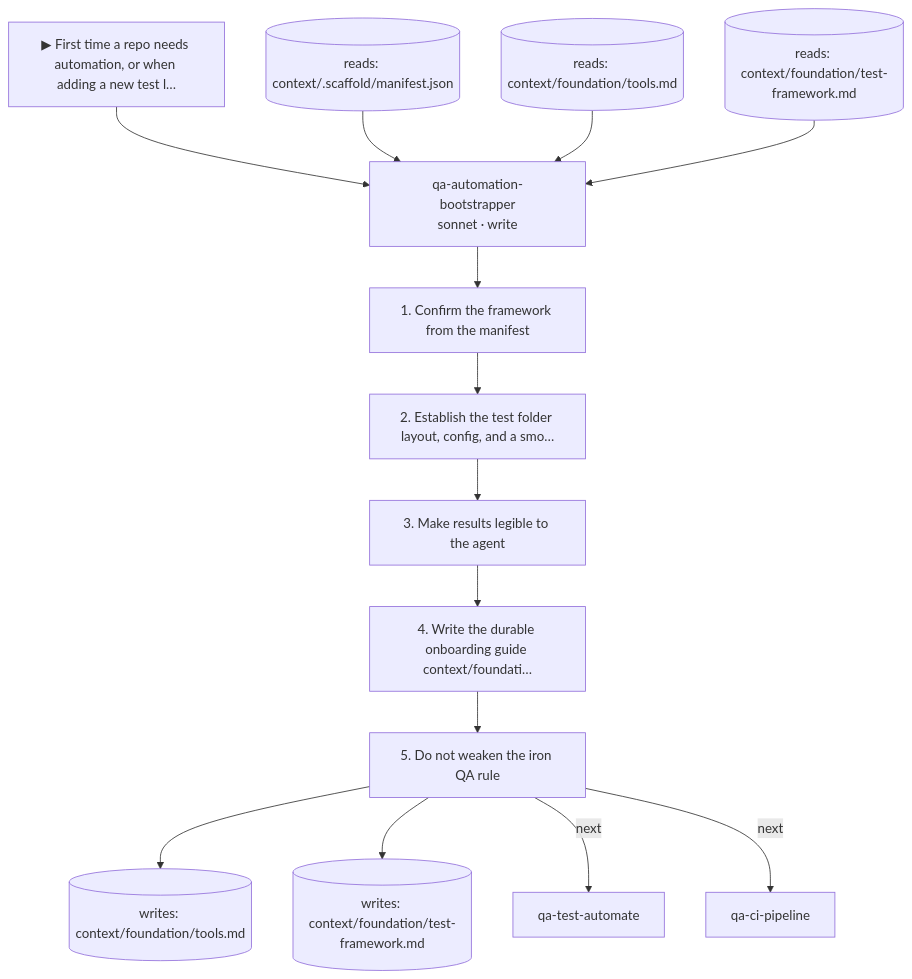
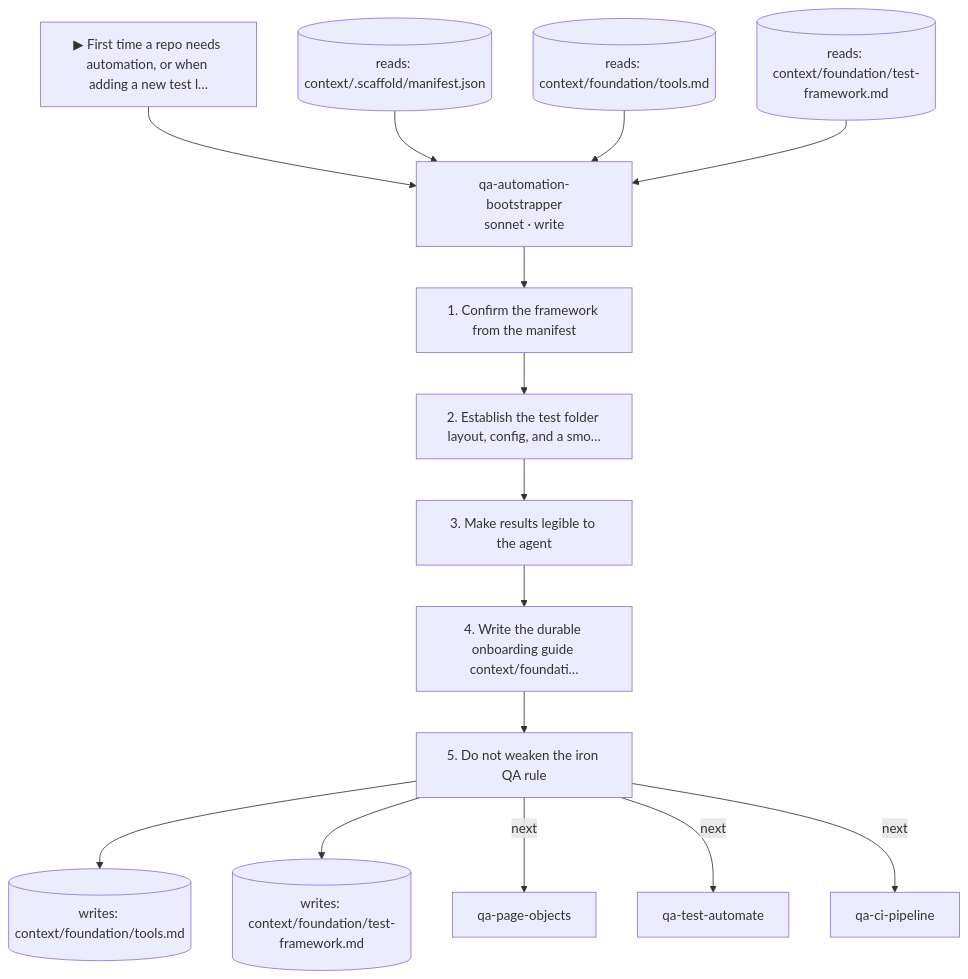
Diagram 15 of 31 in docs/skill-catalog.md (Assamir/ai-process-orchestration), drawn with Mermaid before and after one commit. The commit also changed other lines of this file and 14 other files, not shown here.

````diff
--- a/docs/skill-catalog.md
+++ b/docs/skill-catalog.md
@@ -541,28 +548,29 @@
 ```mermaid
 flowchart TD
   trig["▶ First time a repo needs automation, or when adding a new test l…"]
   qa_automation_bootstrapper["qa-automation-bootstrapper<br/>sonnet · write"]
   trig --> qa_automation_bootstrapper
   r0[("reads: context/.scaffold/manifest.json")]
   r0 --> qa_automation_bootstrapper
   r1[("reads: context/foundation/tools.md")]
   r1 --> qa_automation_bootstrapper
   r2[("reads: context/foundation/test-framework.md")]
   r2 --> qa_automation_bootstrapper
   s0["1. Confirm the framework from the manifest"]
   qa_automation_bootstrapper --> s0
   s1["2. Establish the test folder layout, config, and a smo…"]
   s0 --> s1
   s2["3. Make results legible to the agent"]
   s1 --> s2
   s3["4. Write the durable onboarding guide context/foundati…"]
   s2 --> s3
   s4["5. Do not weaken the iron QA rule"]
   s3 --> s4
   w0[("writes: context/foundation/tools.md")]
   s4 --> w0
   w1[("writes: context/foundation/test-framework.md")]
   s4 --> w1
+  s4 -->|next| qa_page_objects["qa-page-objects"]
   s4 -->|next| qa_test_automate["qa-test-automate"]
   s4 -->|next| qa_ci_pipeline["qa-ci-pipeline"]
 ```
````
